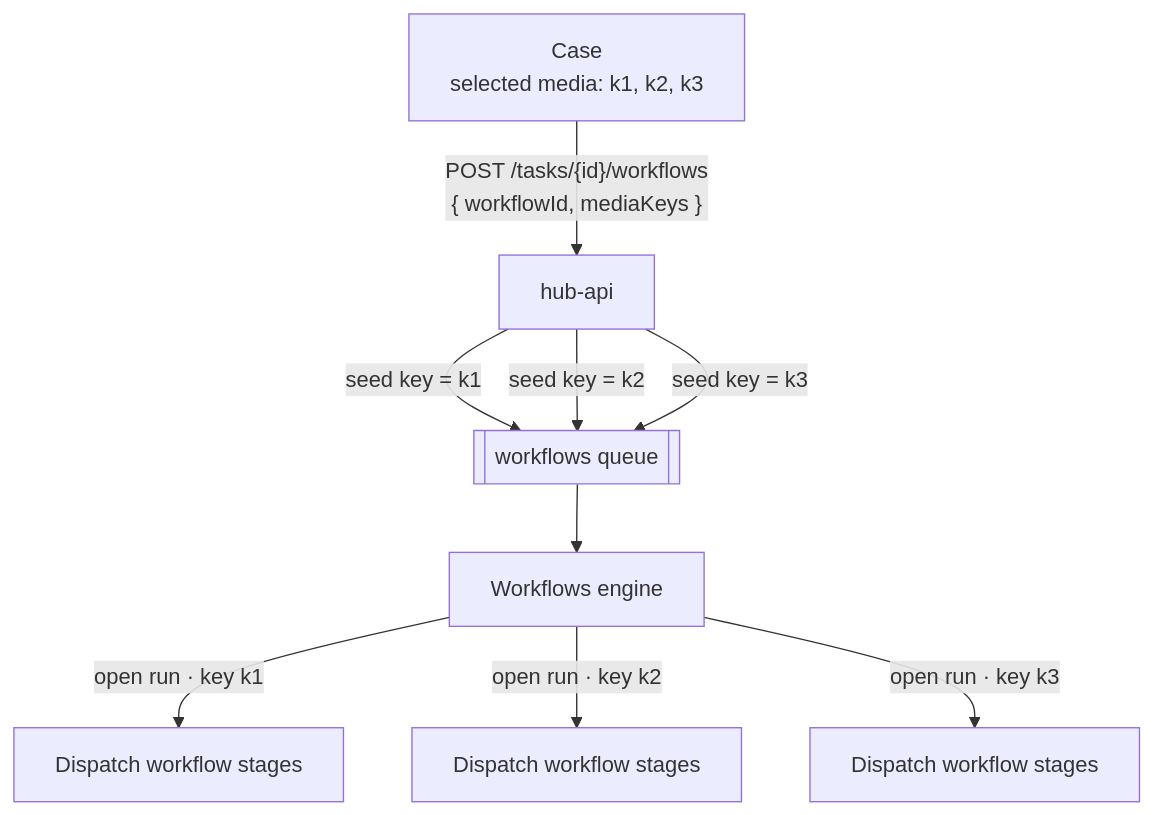
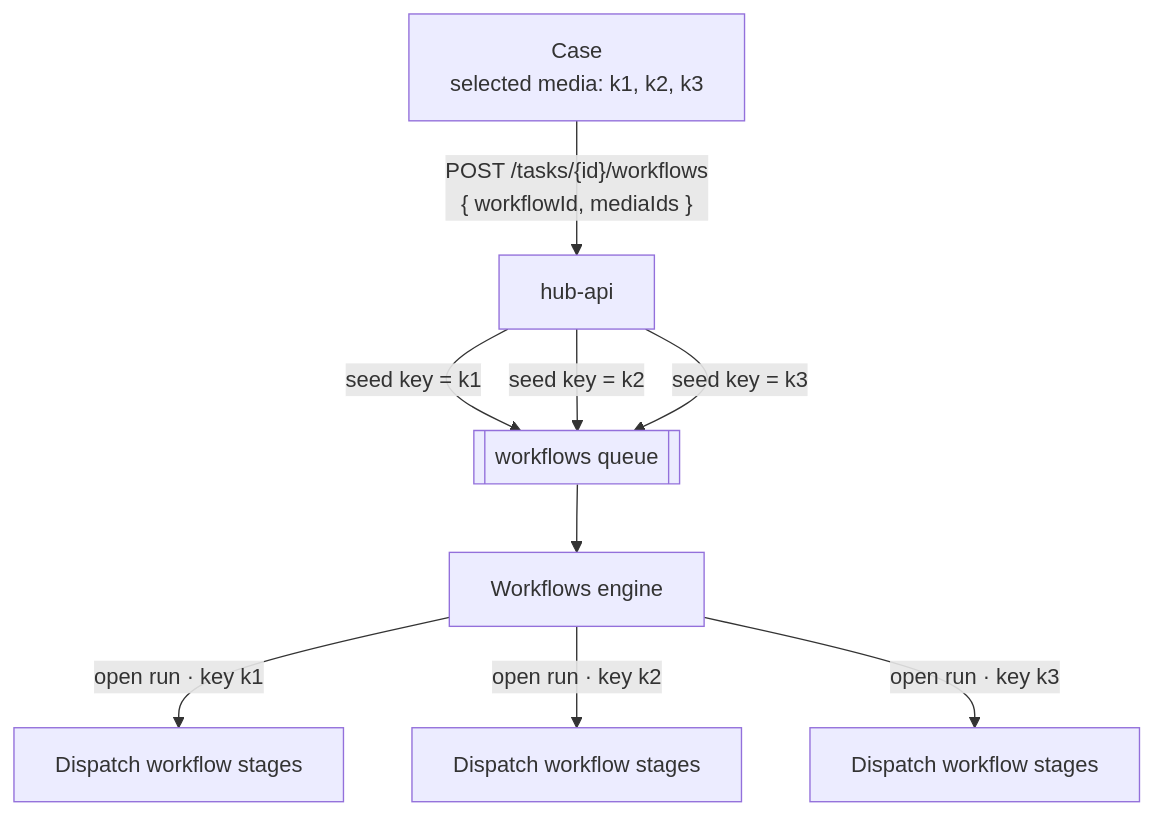
The third of 4 diagrams in app/content/docs/hub/workflows/triggers.md (uug-ai/learn), drawn with Mermaid before and after one commit. The commit also changed other lines of this file and 1 other file, not shown here.

Commit message:
docs(workflows): align definition ownership contract

````diff
--- a/app/content/docs/hub/workflows/triggers.md
+++ b/app/content/docs/hub/workflows/triggers.md
@@ -259,12 +261,12 @@
 ```mermaid
 flowchart TD
     C["Case<br/>selected media: k1, k2, k3"]
-    C -->|"POST /tasks/{id}/workflows<br/>{ workflowId, mediaKeys }"| API["hub-api"]
+    C -->|"POST /tasks/{id}/workflows<br/>{ workflowId, mediaIds }"| API["hub-api"]
     API -->|"seed key = k1"| Q[["workflows queue"]]
     API -->|"seed key = k2"| Q
     API -->|"seed key = k3"| Q
     Q --> ENG["Workflows engine"]
     ENG -->|"open run · key k1"| S1["Dispatch workflow stages"]
     ENG -->|"open run · key k2"| S2["Dispatch workflow stages"]
     ENG -->|"open run · key k3"| S3["Dispatch workflow stages"]
 ```
````
